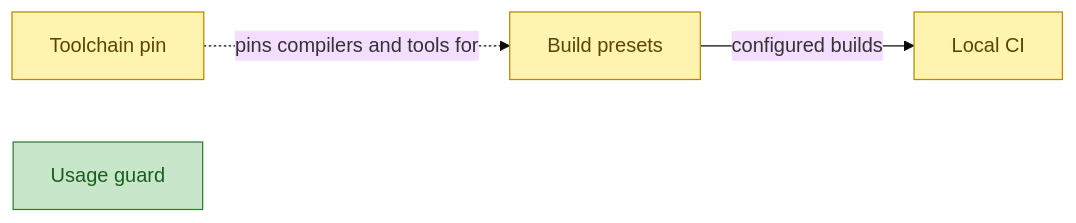
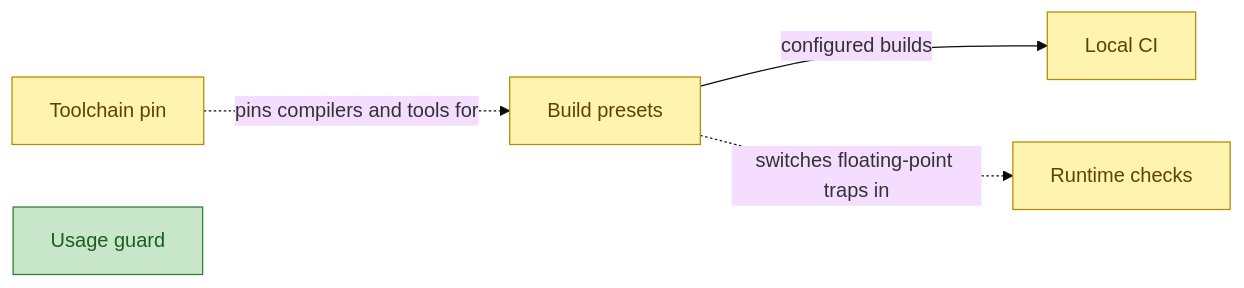
One commit to aurja130/URUS changed diagram 15 of 15 in Planning/DBC/CONCEPTS.md. Above: the diagram before and after it, drawn with Mermaid (base theme). The commit also changed other lines of this file and 28 other files, not shown here.

First line of the commit message:
Build presets, runtime checks and the local CI (1.1 snapshot)

````diff
--- a/Planning/DBC/CONCEPTS.md
+++ b/Planning/DBC/CONCEPTS.md
@@ -381,12 +381,13 @@
 ```mermaid
 flowchart LR
 classDef implemented fill:#c8e6c9,stroke:#2e7d32,color:#1b5e20
 classDef partial fill:#fff3b0,stroke:#b58900,color:#5c4400
 classDef planned stroke-dasharray:6 4
 classDef external fill:#eeeeee,stroke:#9e9e9e,stroke-dasharray:1 3,color:#616161
 ToolchainPin["Toolchain pin"] -.->|pins compilers and tools for| BuildPresets["Build presets"]
 BuildPresets -->|configured builds| LocalCi["Local CI"]
 UsageGuard["Usage guard"]
+BuildPresets -.->|switches floating-point traps in| RuntimeChecks["Runtime checks"]
 class UsageGuard implemented
-class ToolchainPin,BuildPresets,LocalCi partial
+class ToolchainPin,BuildPresets,LocalCi,RuntimeChecks partial
 ```
````
